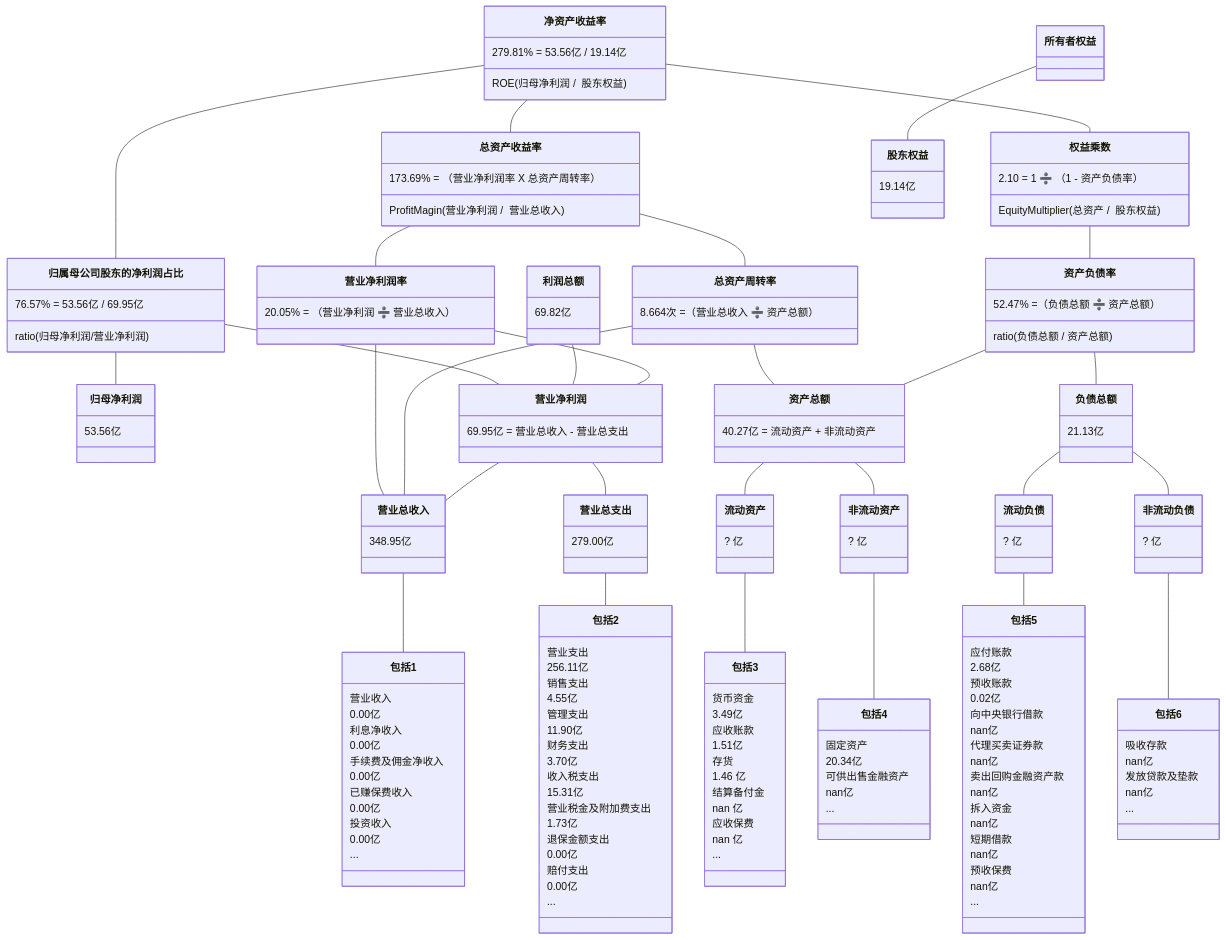
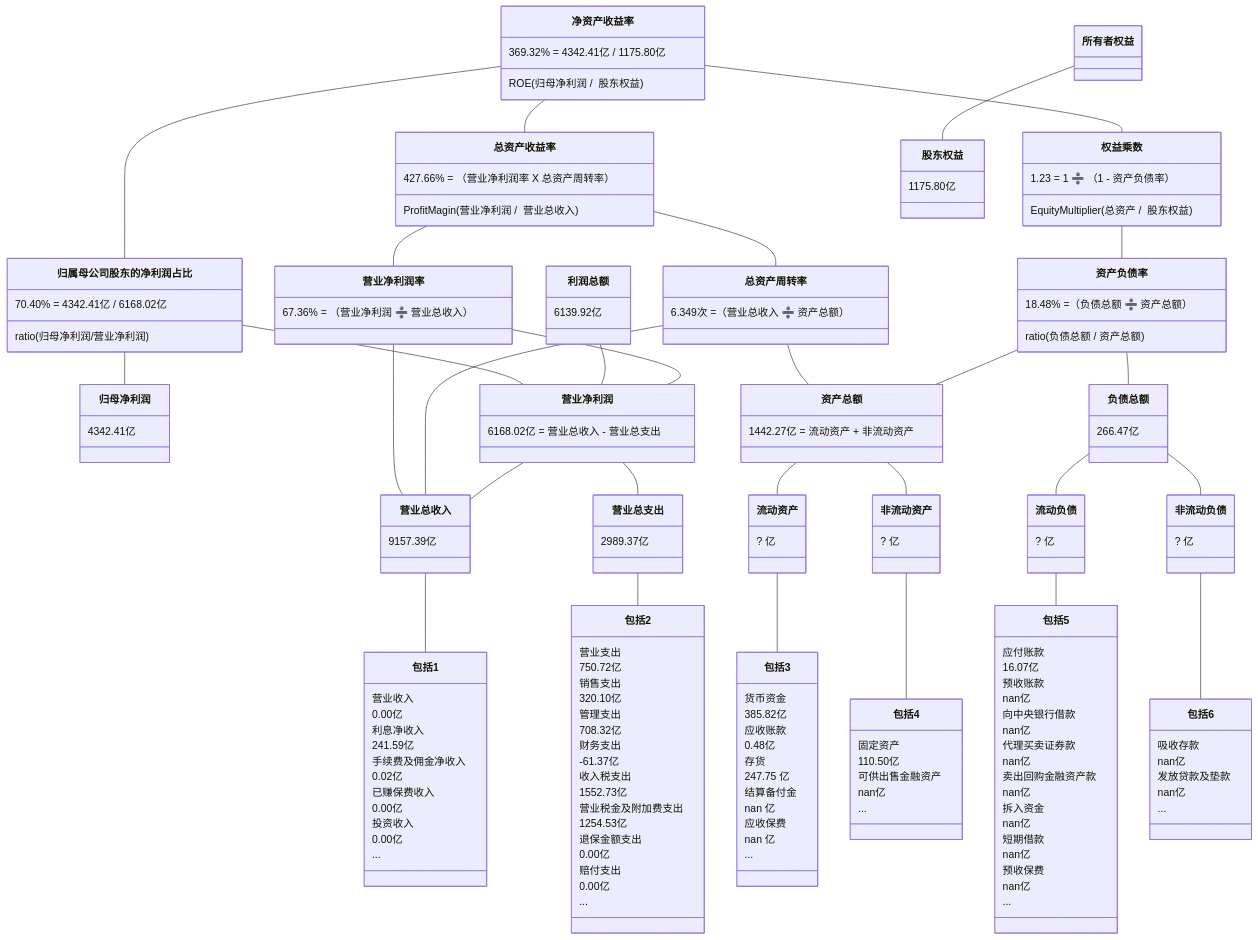
One commit to TheVeryDarkness/cs410 changed the fourth of 10 diagrams in 2/2.md. Above: the diagram before and after it, drawn with Mermaid. The commit also changed other lines of this file and 53 other files, not shown here.

````diff
--- a/2/2.md
+++ b/2/2.md
@@ -507,45 +555,45 @@
 ```mermaid
 classDiagram
 净资产收益率 -- 总资产收益率
-    净资产收益率 : 279.81% = 53.56亿 / 19.14亿
+    净资产收益率 : 369.32% = 4342.41亿 / 1175.80亿
     净资产收益率 : ROE(归母净利润 /  股东权益)
-    总资产收益率 : 173.69% = （营业净利润率 X 总资产周转率）
+    总资产收益率 : 427.66% = （营业净利润率 X 总资产周转率）
     总资产收益率 : ProfitMagin(营业净利润 /  营业总收入)
 净资产收益率 -- 归属母公司股东的净利润占比
-	  归属母公司股东的净利润占比 : 76.57% = 53.56亿 / 69.95亿
+	  归属母公司股东的净利润占比 : 70.40% = 4342.41亿 / 6168.02亿
 	  归属母公司股东的净利润占比 : ratio(归母净利润/营业净利润)
 归属母公司股东的净利润占比 -- 归母净利润
-    归母净利润 : 53.56亿
+    归母净利润 : 4342.41亿
 归属母公司股东的净利润占比 -- 营业净利润
-利润总额 : 69.82亿
+利润总额 : 6139.92亿
 利润总额 -- 营业净利润
 净资产收益率 -- 权益乘数
-    权益乘数 : 2.10 = 1 ➗ （1 - 资产负债率）
+    权益乘数 : 1.23 = 1 ➗ （1 - 资产负债率）
     权益乘数 : EquityMultiplier(总资产 /  股东权益)
 
 总资产收益率 -- 营业净利润率
-    营业净利润率 : 20.05% = （营业净利润 ➗ 营业总收入）
+    营业净利润率 : 67.36% = （营业净利润 ➗ 营业总收入）
 总资产收益率 -- 总资产周转率
-    总资产周转率 : 8.664次 =（营业总收入 ➗ 资产总额）
+    总资产周转率 : 6.349次 =（营业总收入 ➗ 资产总额）
 权益乘数 -- 资产负债率
-    资产负债率  : 52.47% =（负债总额 ➗ 资产总额）
+    资产负债率  : 18.48% =（负债总额 ➗ 资产总额）
     资产负债率  : ratio(负债总额 / 资产总额)
 
 营业净利润率 -- 营业净利润
-    营业净利润 : 69.95亿 = 营业总收入 - 营业总支出
+    营业净利润 : 6168.02亿 = 营业总收入 - 营业总支出
 营业净利润率 -- 营业总收入
 总资产周转率 -- 营业总收入
 总资产周转率 -- 资产总额
-    资产总额 : 40.27亿 = 流动资产 + 非流动资产
+    资产总额 : 1442.27亿 = 流动资产 + 非流动资产
 资产负债率 -- 负债总额
-    负债总额 : 21.13亿
+    负债总额 : 266.47亿
 资产负债率 -- 资产总额
 
 
 营业净利润 -- 营业总收入
-    营业总收入 : 348.95亿
+    营业总收入 : 9157.39亿
 营业净利润 -- 营业总支出
-    营业总支出 : 279.00亿
+    营业总支出 : 2989.37亿
 资产总额 -- 流动资产
 	  流动资产 : ? 亿
 资产总额 -- 非流动资产
@@ -559,9 +607,9 @@
     包括1 : 营业收入
     包括1 : 0.00亿
     包括1 : 利息净收入
-    包括1 : 0.00亿
+    包括1 : 241.59亿
     包括1 : 手续费及佣金净收入
-    包括1 : 0.00亿
+    包括1 : 0.02亿
     包括1 : 已赚保费收入
     包括1 : 0.00亿
     包括1 : 投资收入
@@ -569,17 +617,17 @@
     包括1 : ...
 营业总支出 -- 包括2
     包括2 : 营业支出
-    包括2 : 256.11亿
+    包括2 : 750.72亿
     包括2 : 销售支出
-    包括2 : 4.55亿
+    包括2 : 320.10亿
     包括2 : 管理支出
-    包括2 : 11.90亿
+    包括2 : 708.32亿
     包括2 : 财务支出
-    包括2 : 3.70亿
+    包括2 : -61.37亿
     包括2 : 收入税支出
-    包括2 : 15.31亿
+    包括2 : 1552.73亿
     包括2 : 营业税金及附加费支出
-    包括2 : 1.73亿
+    包括2 : 1254.53亿
     包括2 : 退保金额支出
     包括2 : 0.00亿
     包括2 : 赔付支出
@@ -587,11 +635,11 @@
     包括2 : ...
 流动资产 -- 包括3
     包括3 : 货币资金
-    包括3 : 3.49亿
+    包括3 : 385.82亿
     包括3 : 应收账款
-    包括3 : 1.51亿
+    包括3 : 0.48亿
     包括3 : 存货
-    包括3 : 1.46 亿
+    包括3 : 247.75 亿
     包括3 : 结算备付金
     包括3 : nan 亿
     包括3 : 应收保费
@@ -599,15 +647,15 @@
     包括3 : ...
 非流动资产 -- 包括4
     包括4 : 固定资产
-    包括4 : 20.34亿
+    包括4 : 110.50亿
     包括4 : 可供出售金融资产
     包括4 : nan亿
     包括4 : ...
 流动负债 -- 包括5
     包括5 : 应付账款
-    包括5 : 2.68亿
+    包括5 : 16.07亿
     包括5 : 预收账款
-    包括5 : 0.02亿
+    包括5 : nan亿
     包括5 : 向中央银行借款
     包括5 : nan亿
     包括5 : 代理买卖证券款
@@ -628,5 +676,5 @@
     包括6 : nan亿
     包括6 : ...
 所有者权益 -- 股东权益
-    股东权益 : 19.14亿
+    股东权益 : 1175.80亿
 ```
````
